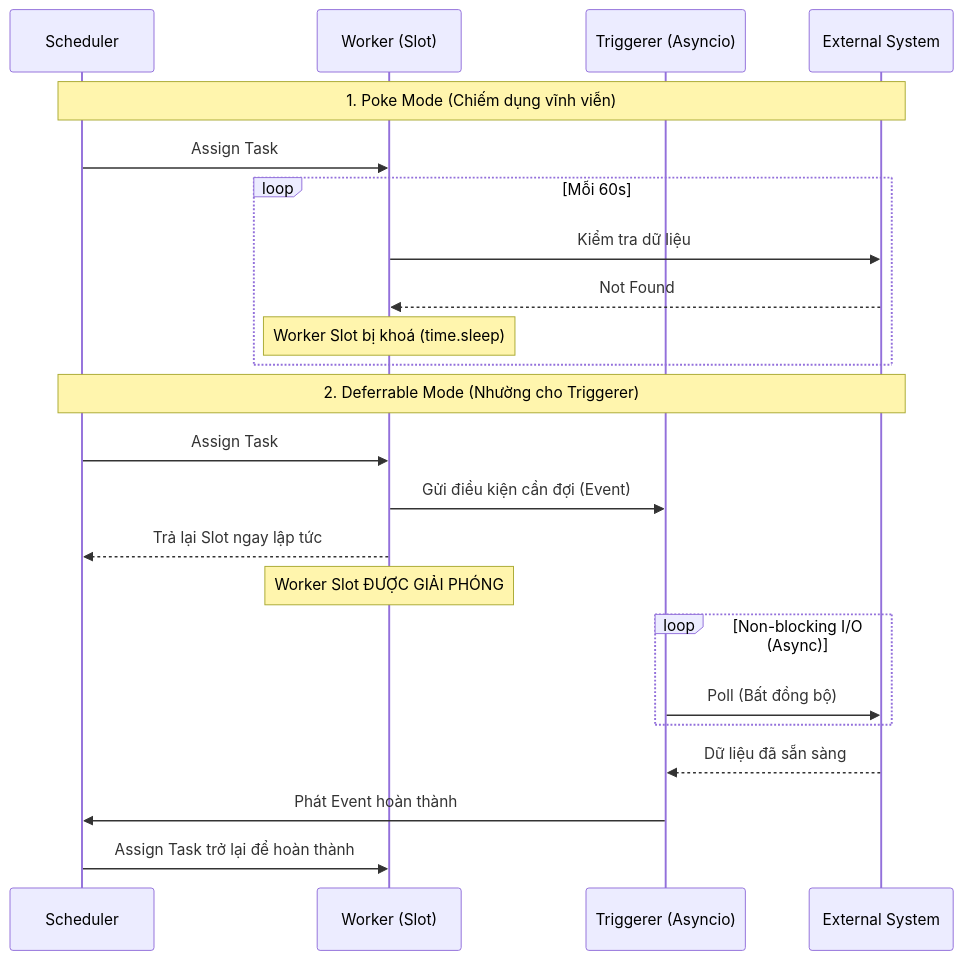
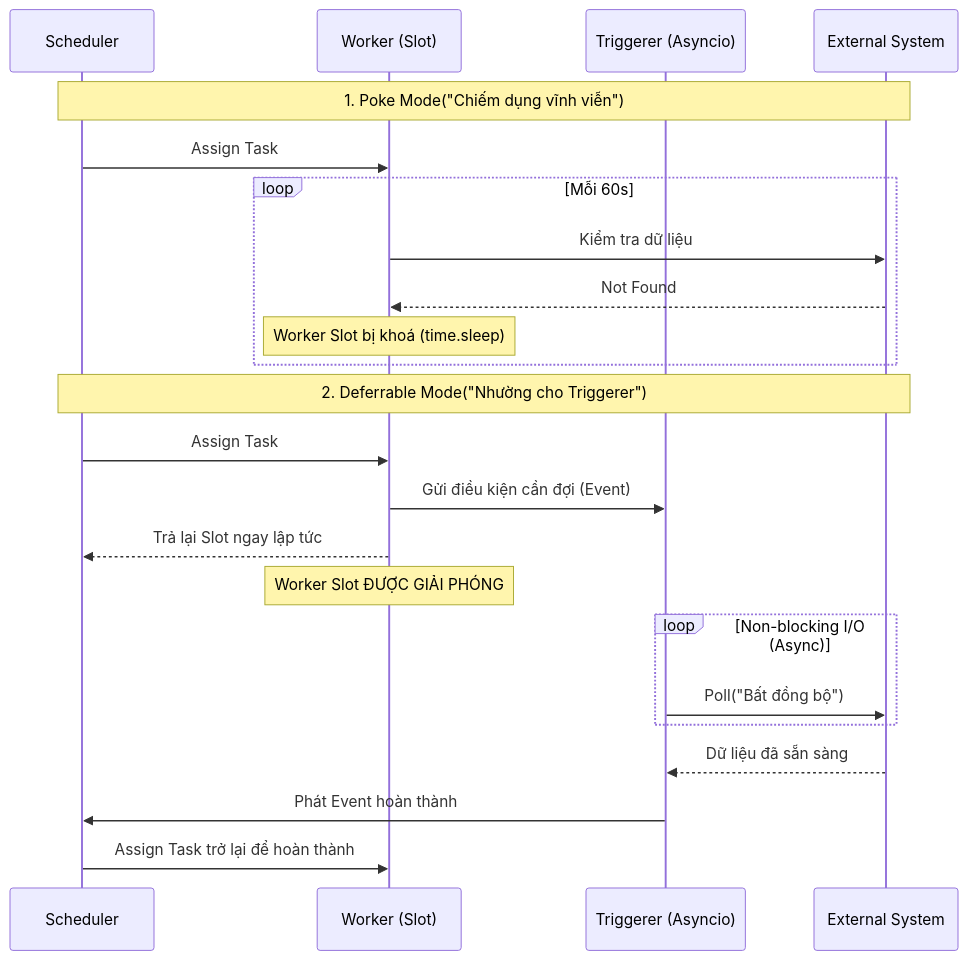
The first of 2 diagrams in src/content/docs/concepts/7-dataops-orchestration-quality/sensors.md (kythuatdulieu/kythuatdulieu.github.io), drawn with Mermaid before and after one commit. The commit also changed other lines of this file and 190 other files, not shown here.

Commit message:
fix: resolve mermaid syntax, math rendering, and metadata issues from content rewrite

````diff
--- a/src/content/docs/concepts/7-dataops-orchestration-quality/sensors.md
+++ b/src/content/docs/concepts/7-dataops-orchestration-quality/sensors.md
@@ -40,27 +40,27 @@
 ```mermaid
 sequenceDiagram
     participant S as Scheduler
     participant W as Worker (Slot)
     participant T as Triggerer (Asyncio)
     participant DB as External System
 
-    Note over S, DB: 1. Poke Mode (Chiếm dụng vĩnh viễn)
+    Note over S, DB: 1. Poke Mode("Chiếm dụng vĩnh viễn")
     S->>W: Assign Task
     loop Mỗi 60s
         W->>DB: Kiểm tra dữ liệu
         DB-->>W: Not Found
         Note over W: Worker Slot bị khoá (time.sleep)
     end
     
-    Note over S, DB: 2. Deferrable Mode (Nhường cho Triggerer)
+    Note over S, DB: 2. Deferrable Mode("Nhường cho Triggerer")
     S->>W: Assign Task
     W->>T: Gửi điều kiện cần đợi (Event)
     W-->>S: Trả lại Slot ngay lập tức
     Note over W: Worker Slot ĐƯỢC GIẢI PHÓNG
     loop Non-blocking I/O (Async)
-        T->>DB: Poll (Bất đồng bộ)
+        T->>DB: Poll("Bất đồng bộ")
     end
     DB-->>T: Dữ liệu đã sẵn sàng
     T->>S: Phát Event hoàn thành
     S->>W: Assign Task trở lại để hoàn thành
 ```
````
